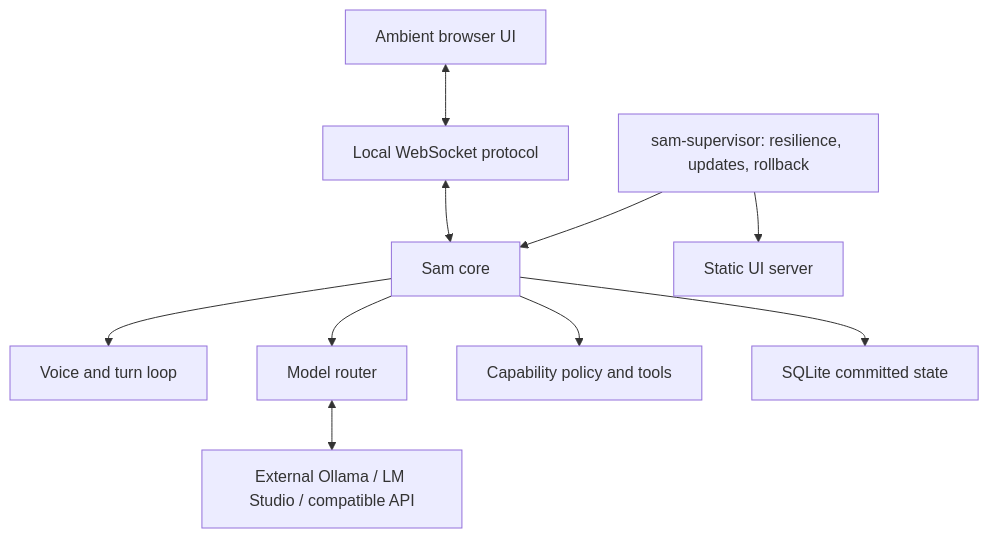
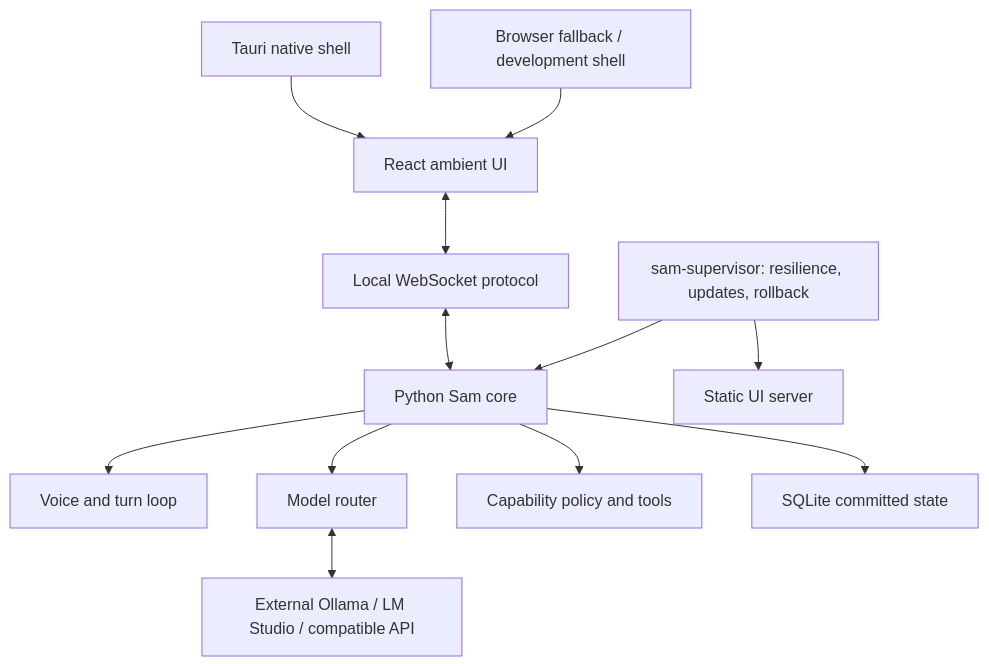
Before and after one commit to AlfonsoFR2020/sam-ambient: the diagram in README.md, drawn with Mermaid. The commit also changed other lines of this file and 11 other files, not shown here.

````diff
--- a/README.md
+++ b/README.md
@@ -80,12 +80,14 @@
 ```mermaid
 flowchart TD
-    UI[Ambient browser UI] <--> Bridge[Local WebSocket protocol]
-    Bridge <--> Core[Sam core]
+    Tauri[Tauri native shell] --> React[React ambient UI]
+    Browser[Browser fallback / development shell] --> React
+    React <--> Bridge[Local WebSocket protocol]
+    Bridge <--> Core[Python Sam core]
     Core --> Voice[Voice and turn loop]
     Core --> Models[Model router]
     Core --> Policy[Capability policy and tools]
     Core --> Data[SQLite committed state]
     Supervisor[sam-supervisor: resilience, updates, rollback] --> Core
     Supervisor --> Static[Static UI server]
     Models <--> Backends[External Ollama / LM Studio / compatible API]
 ```
````
